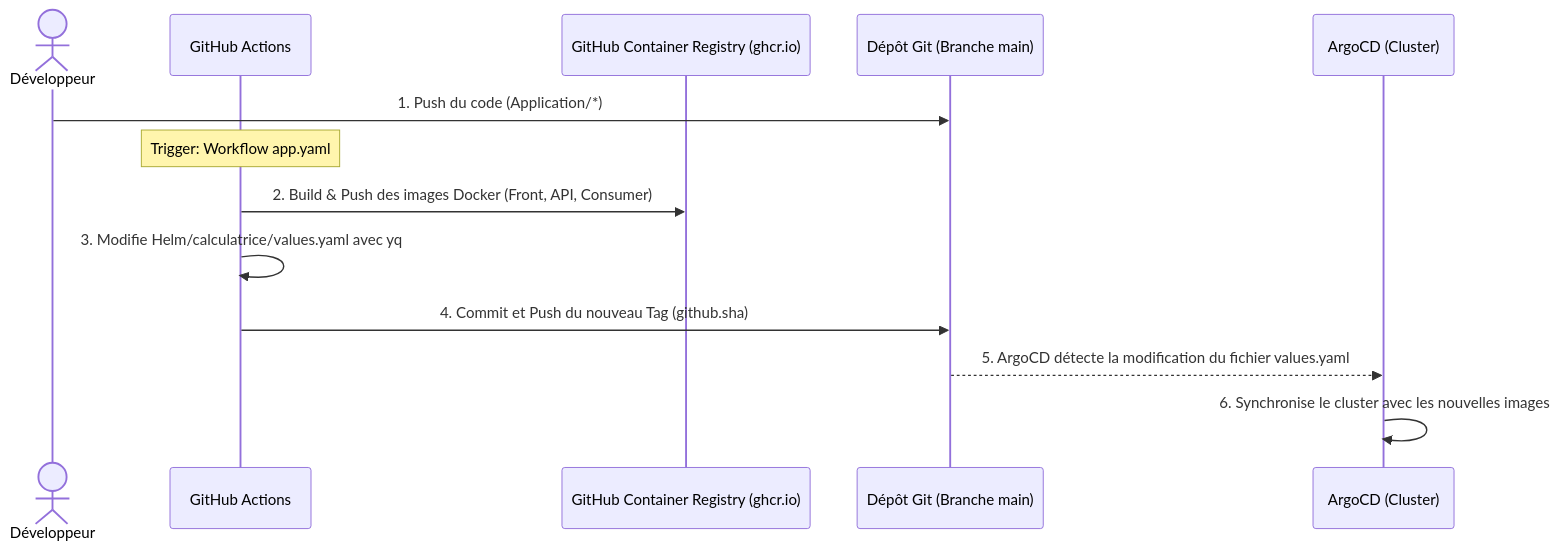
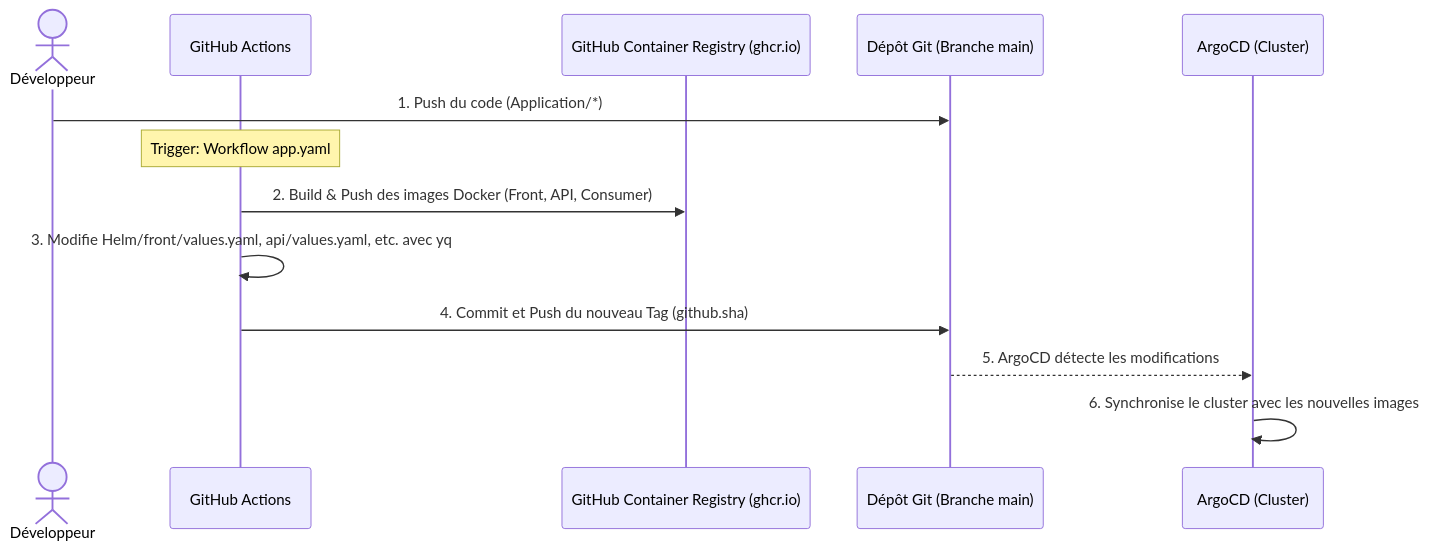
One commit to Noureddine-t/virtualisation-et-cloud-computing changed the fourth of 4 diagrams in Helm/README.md. Above: the diagram before and after it, drawn with Mermaid. The commit also changed other lines of this file and 41 other files, not shown here.

First line of the commit message:
refactor: migrate to microservices Helm charts and App of Apps pattern

````diff
--- a/Helm/README.md
+++ b/Helm/README.md
@@ -93,16 +93,16 @@
 ```mermaid
 sequenceDiagram
     actor Dev as Développeur
     participant GitHub as GitHub Actions
     participant Registry as GitHub Container Registry (ghcr.io)
     participant Git as Dépôt Git (Branche main)
     participant ArgoCD as ArgoCD (Cluster)
 
     Dev->>Git: 1. Push du code (Application/*)
     note over GitHub: Trigger: Workflow app.yaml
     GitHub->>Registry: 2. Build & Push des images Docker (Front, API, Consumer)
-    GitHub->>GitHub: 3. Modifie Helm/calculatrice/values.yaml avec yq
+    GitHub->>GitHub: 3. Modifie Helm/front/values.yaml, api/values.yaml, etc. avec yq
     GitHub->>Git: 4. Commit et Push du nouveau Tag (github.sha)
-    Git-->>ArgoCD: 5. ArgoCD détecte la modification du fichier values.yaml
+    Git-->>ArgoCD: 5. ArgoCD détecte les modifications
     ArgoCD->>ArgoCD: 6. Synchronise le cluster avec les nouvelles images
 ```
````
